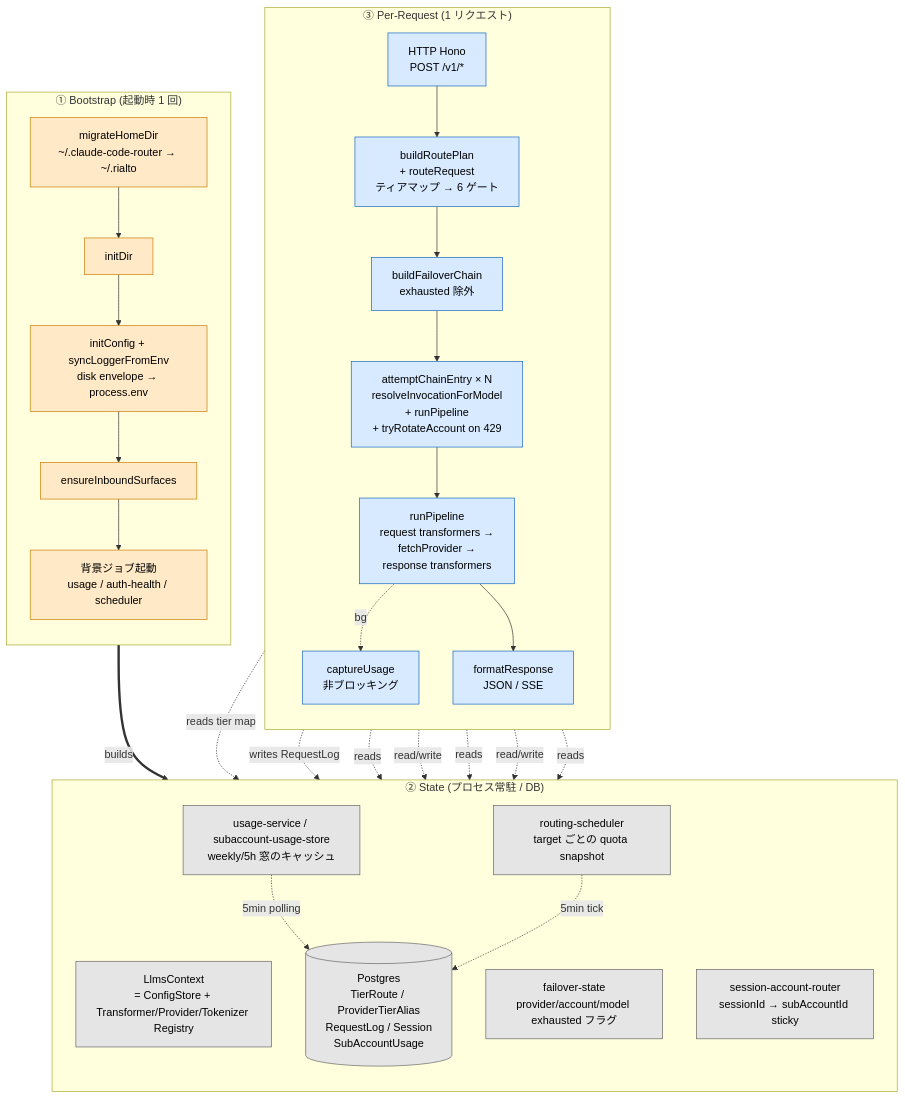
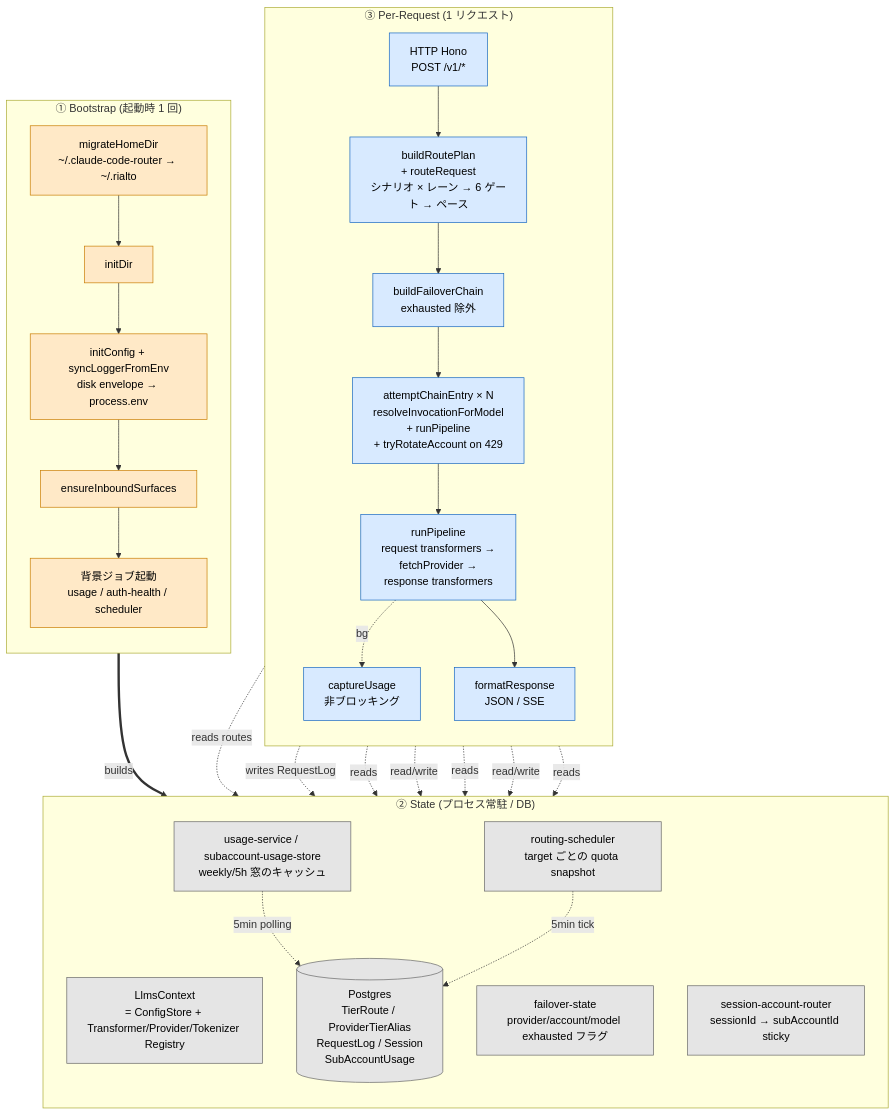
One commit to tkgstrator/rialto changed the first of 12 diagrams in docs/architecture/pipeline-overview.md. Above: the diagram before and after it, drawn with Mermaid. The commit also changed other lines of this file and 14 other files, not shown here.

````diff
--- a/docs/architecture/pipeline-overview.md
+++ b/docs/architecture/pipeline-overview.md
@@ -15,55 +15,55 @@
 ```mermaid
 flowchart TB
   classDef boot fill:#ffe9c7,stroke:#c97c00,color:#000
   classDef perreq fill:#d8eaff,stroke:#1565c0,color:#000
   classDef state fill:#e5e5e5,stroke:#666,color:#000
 
   subgraph BOOT["① Bootstrap (起動時 1 回)"]
     direction TB
     B0[migrateHomeDir<br/>~/.claude-code-router → ~/.rialto]
     B1[initDir]
     B2[initConfig + syncLoggerFromEnv<br/>disk envelope → process.env]
     B3[ensureInboundSurfaces]
     B4[背景ジョブ起動<br/>usage / auth-health / scheduler]
     B0 --> B1 --> B2 --> B3 --> B4
   end
 
   subgraph STATE["② State (プロセス常駐 / DB)"]
     direction TB
     CTX[LlmsContext<br/>= ConfigStore + Transformer/Provider/Tokenizer Registry]
     FS[failover-state<br/>provider/account/model exhausted フラグ]
     SNAP[routing-scheduler<br/>target ごとの quota snapshot]
     SR[session-account-router<br/>sessionId → subAccountId sticky]
     US[usage-service / subaccount-usage-store<br/>weekly/5h 窓のキャッシュ]
     DB[(Postgres<br/>TierRoute / ProviderTierAlias<br/>RequestLog / Session<br/>SubAccountUsage)]
   end
 
   subgraph REQ["③ Per-Request (1 リクエスト)"]
     direction TB
     R1[HTTP Hono<br/>POST /v1/*]
-    R2[buildRoutePlan<br/>+ routeRequest<br/>ティアマップ → 6 ゲート]
+    R2[buildRoutePlan<br/>+ routeRequest<br/>シナリオ × レーン → 6 ゲート → ペース]
     R3[buildFailoverChain<br/>exhausted 除外]
     R4[attemptChainEntry × N<br/>resolveInvocationForModel<br/>+ runPipeline<br/>+ tryRotateAccount on 429]
     R5[runPipeline<br/>request transformers →<br/>fetchProvider →<br/>response transformers]
     R6[captureUsage<br/>非ブロッキング]
     R7[formatResponse<br/>JSON / SSE]
     R1 --> R2 --> R3 --> R4 --> R5
     R5 -.bg.-> R6
     R5 --> R7
   end
 
   BOOT ==builds==> CTX
   REQ -.reads.-> CTX
   REQ -.read/write.-> FS
   REQ -.reads.-> SNAP
   REQ -.read/write.-> SR
   REQ -.reads.-> US
-  R2 -.reads tier map.-> DB
+  R2 -.reads routes.-> DB
   R6 -.writes RequestLog.-> DB
   US -.5min polling.-> DB
   SNAP -.5min tick.-> DB
 
   class B0,B1,B2,B3,B4 boot
   class R1,R2,R3,R4,R5,R6,R7 perreq
   class CTX,FS,SNAP,SR,US,DB state
 ```
````
